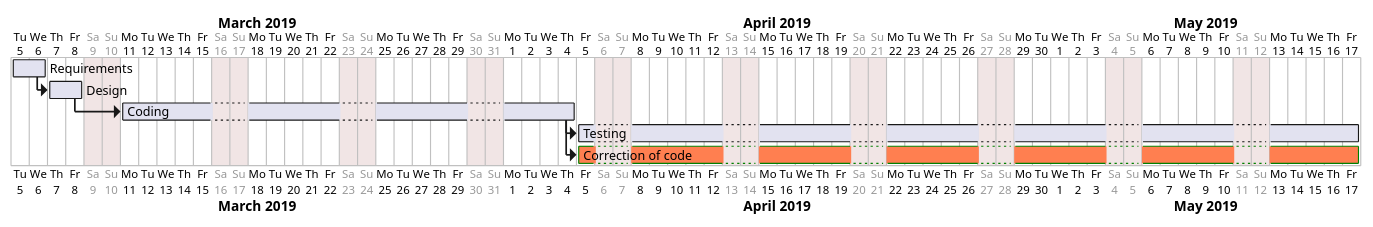
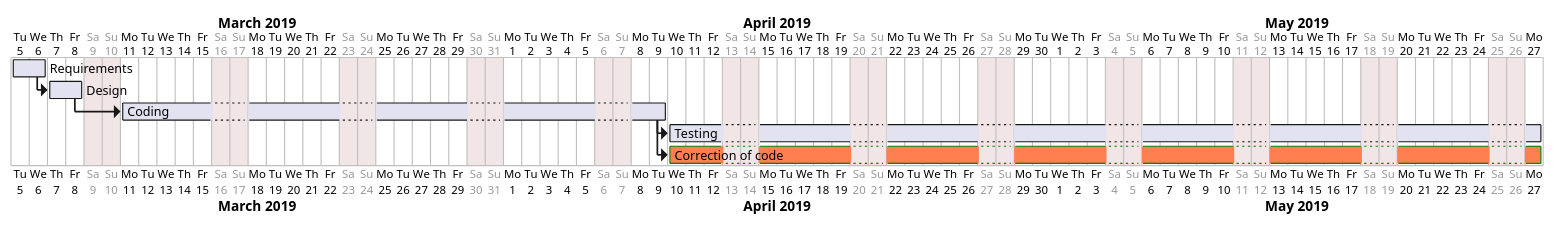
One commit to SimoneDutto/LaTazza changed the diagram in templates/templates_EstimationTemplate.md. Above: the diagram before and after it, drawn with PlantUML. The commit also changed other lines of this file, not shown here.

````diff
--- a/templates/templates_EstimationTemplate.md
+++ b/templates/templates_EstimationTemplate.md
@@ -61,17 +61,17 @@
 ```plantuml
 @startgantt
 project starts the 2019/03/05
 saturday are closed
 sunday are closed
 [Requirements] lasts 2 days
 [Design] lasts 2 days
-[Coding] lasts 19 days
-[Testing] lasts 31 days
-[Correction of code] lasts 31 days
+[Coding] lasts 22 days
+[Testing] lasts 34 days
+[Correction of code] lasts 34 days
 [Design] starts at [Requirements]'s end
 [Coding] starts at [Design]'s end
 [Testing] starts at [Coding]'s end
 [Correction of code] starts at [Coding]'s end
 [Correction of code] is colored in Coral/Green
 @endgantt
 ```
````
